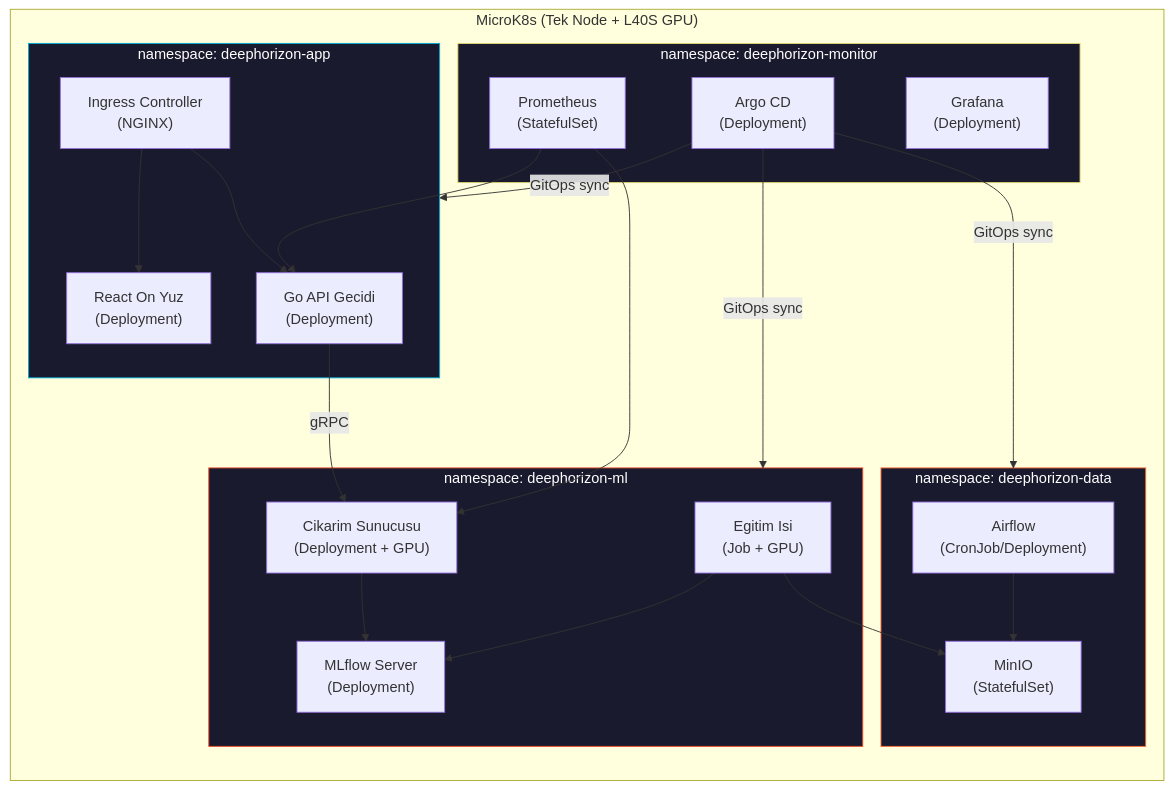
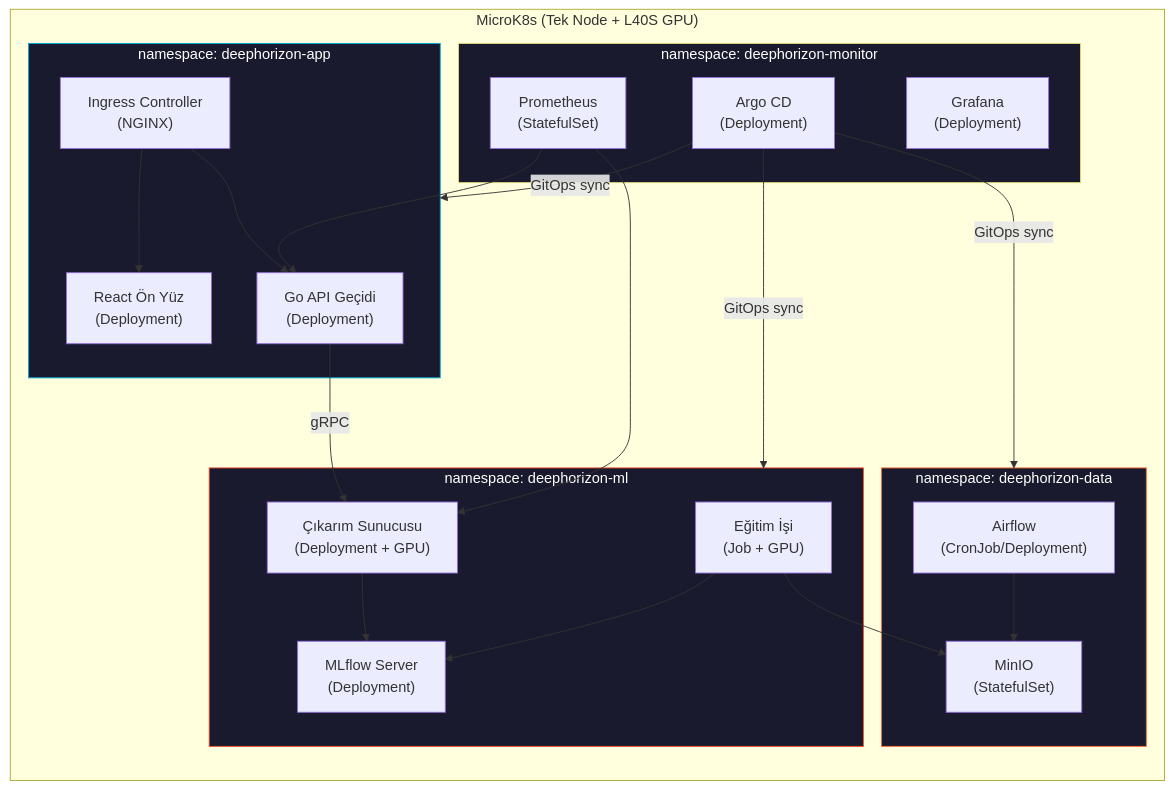
Before and after one commit to Octapull/deephorizon: the third of 3 diagrams in README_TR.md, drawn with Mermaid. The commit also changed other lines of this file, not shown here.

````diff
--- a/README_TR.md
+++ b/README_TR.md
@@ -936,47 +936,47 @@
 ```mermaid
 graph TB
     subgraph MicroK8s Node ["MicroK8s (Tek Node + L40S GPU)"]
         direction TB
 
         subgraph ns-data ["namespace: deephorizon-data"]
             airflow["Airflow\n(CronJob/Deployment)"]
             minio["MinIO\n(StatefulSet)"]
         end
 
         subgraph ns-ml ["namespace: deephorizon-ml"]
-            train["Egitim Isi\n(Job + GPU)"]
+            train["Eğitim İşi\n(Job + GPU)"]
             mlflow["MLflow Server\n(Deployment)"]
-            inference["Cikarim Sunucusu\n(Deployment + GPU)"]
+            inference["Çıkarım Sunucusu\n(Deployment + GPU)"]
         end
 
         subgraph ns-app ["namespace: deephorizon-app"]
-            api["Go API Gecidi\n(Deployment)"]
-            frontend["React On Yuz\n(Deployment)"]
+            api["Go API Geçidi\n(Deployment)"]
+            frontend["React Ön Yüz\n(Deployment)"]
             ingress["Ingress Controller\n(NGINX)"]
         end
 
         subgraph ns-monitor ["namespace: deephorizon-monitor"]
             prom["Prometheus\n(StatefulSet)"]
             grafana["Grafana\n(Deployment)"]
             argocd["Argo CD\n(Deployment)"]
         end
     end
 
     ingress --> frontend
     ingress --> api
     api -->|gRPC| inference
     inference --> mlflow
     train --> mlflow
     train --> minio
     airflow --> minio
     prom --> api
     prom --> inference
     argocd -->|GitOps sync| ns-data
     argocd -->|GitOps sync| ns-ml
     argocd -->|GitOps sync| ns-app
 
     style ns-data fill:#1a1a2e,stroke:#FF6B35,color:#fff
     style ns-ml fill:#1a1a2e,stroke:#EE4C2C,color:#fff
     style ns-app fill:#1a1a2e,stroke:#00ADD8,color:#fff
     style ns-monitor fill:#1a1a2e,stroke:#E6DB74,color:#fff
 ```
````
